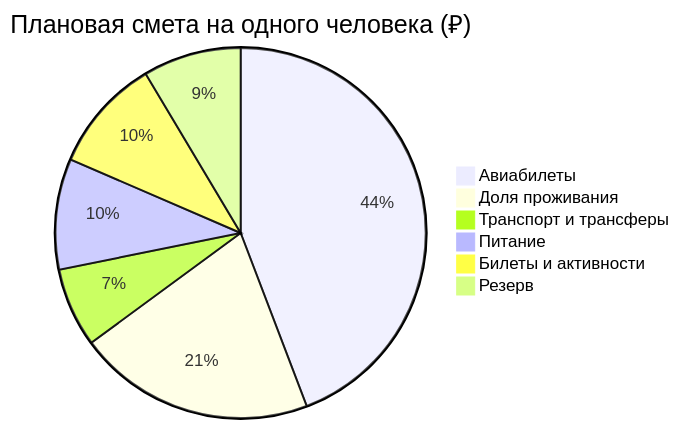
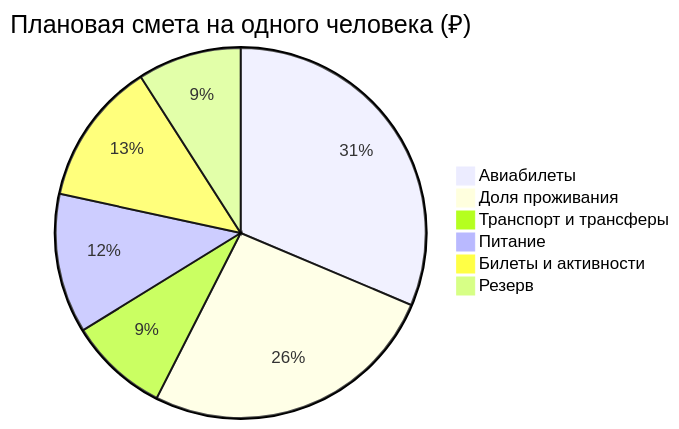
Before and after one commit to injurka/obsidian-mark: the diagram in Personal Note/Travel/-- Владивосток/04 - Финансы/Финансы.md, drawn with Mermaid. The commit also changed other lines of this file and 17 other files, not shown here.

````diff
--- a/Personal Note/Travel/-- Владивосток/04 - Финансы/Финансы.md
+++ b/Personal Note/Travel/-- Владивосток/04 - Финансы/Финансы.md
@@ -12,9 +12,9 @@
 ```mermaid
 pie title Плановая смета на одного человека (₽)
-    "Авиабилеты" : 80000
+    "Авиабилеты" : 45000
     "Доля проживания" : 37500
     "Транспорт и трансферы" : 12500
     "Питание" : 17500
     "Билеты и активности" : 18000
-    "Резерв" : 15500
+    "Резерв" : 13000
 ```
````
